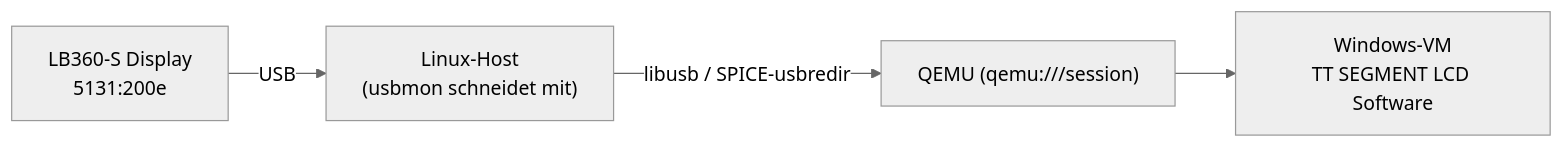
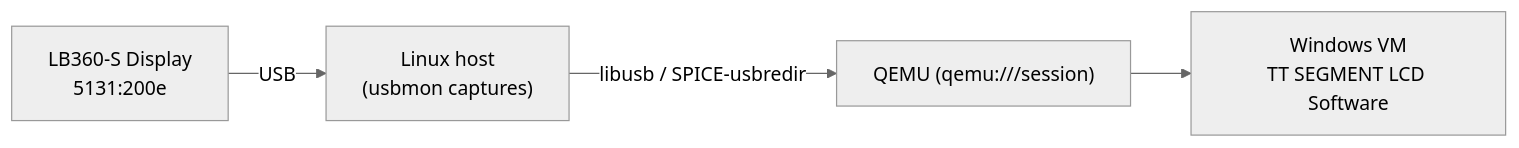
Before and after one commit to fubar-coder/SegLcd: the diagram in docs/content/docs/reverse-engineering/_index.md, drawn with Mermaid (neutral theme). The commit also changed other lines of this file and 54 other files, not shown here.

````diff
--- a/docs/content/docs/reverse-engineering/_index.md
+++ b/docs/content/docs/reverse-engineering/_index.md
@@ -10,6 +10,6 @@
 ```mermaid
 flowchart LR
-    LCD["LB360-S Display<br/>5131:200e"] -- USB --> Host["Linux-Host<br/>(usbmon schneidet mit)"]
+    LCD["LB360-S Display<br/>5131:200e"] -- USB --> Host["Linux host<br/>(usbmon captures)"]
     Host -- "libusb / SPICE-usbredir" --> QEMU["QEMU (qemu:///session)"]
-    QEMU --> Win["Windows-VM<br/>TT SEGMENT LCD Software"]
+    QEMU --> Win["Windows VM<br/>TT SEGMENT LCD Software"]
 ```
````
